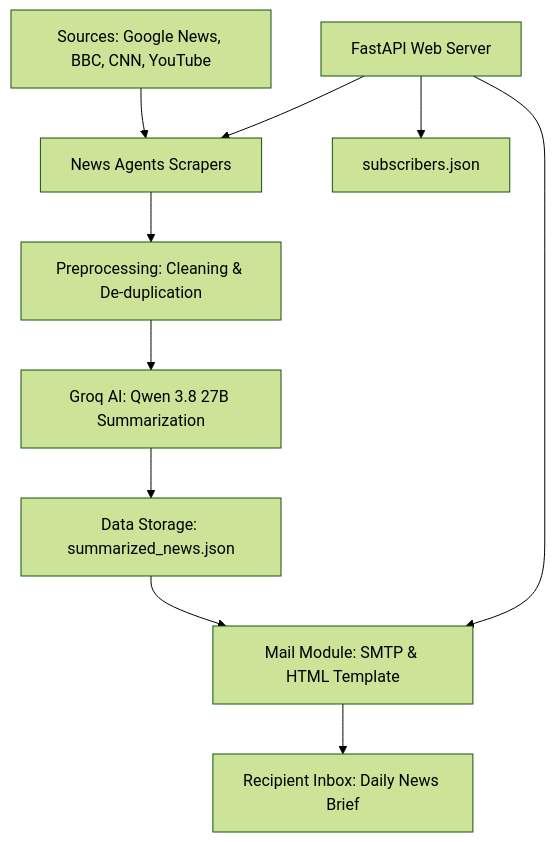
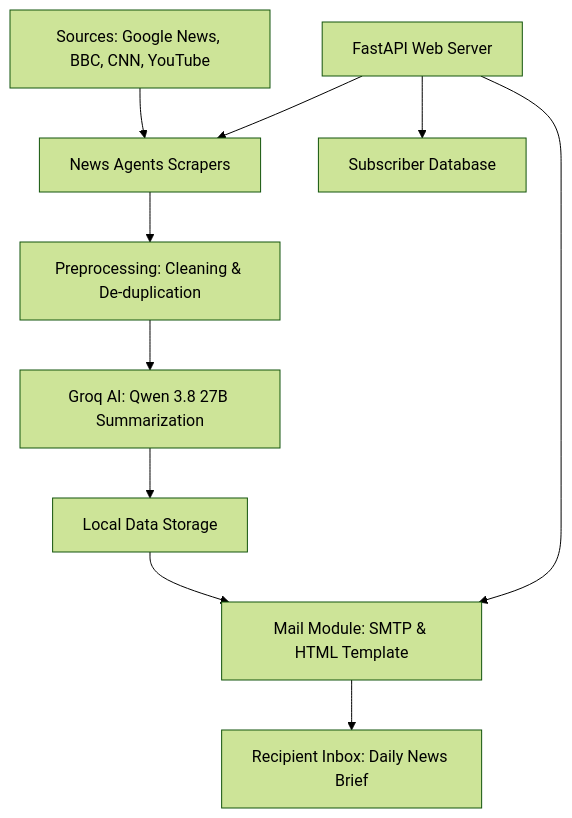
The diagram in README.md (harivardhan888/AI-Powered-Daily-News-Agent), drawn with Mermaid (forest theme) before and after one commit. The commit also changed other lines of this file, not shown here.

Commit message:
Polish README architecture

````diff
--- a/README.md
+++ b/README.md
@@ -11,13 +11,13 @@
 ```mermaid
 graph TD
     A[Sources: Google News, BBC, CNN, YouTube] --> B[News Agents Scrapers]
     B --> C[Preprocessing: Cleaning & De-duplication]
     C --> D[Groq AI: Qwen 3.8 27B Summarization]
-    D --> E[Data Storage: summarized_news.json]
+    D --> E[Local Data Storage]
     E --> F[Mail Module: SMTP & HTML Template]
     F --> G[Recipient Inbox: Daily News Brief]
     
     I[FastAPI Web Server] --> B
     I --> F
-    I --> H[subscribers.json]
+    I --> H[Subscriber Database]
 ```
````
